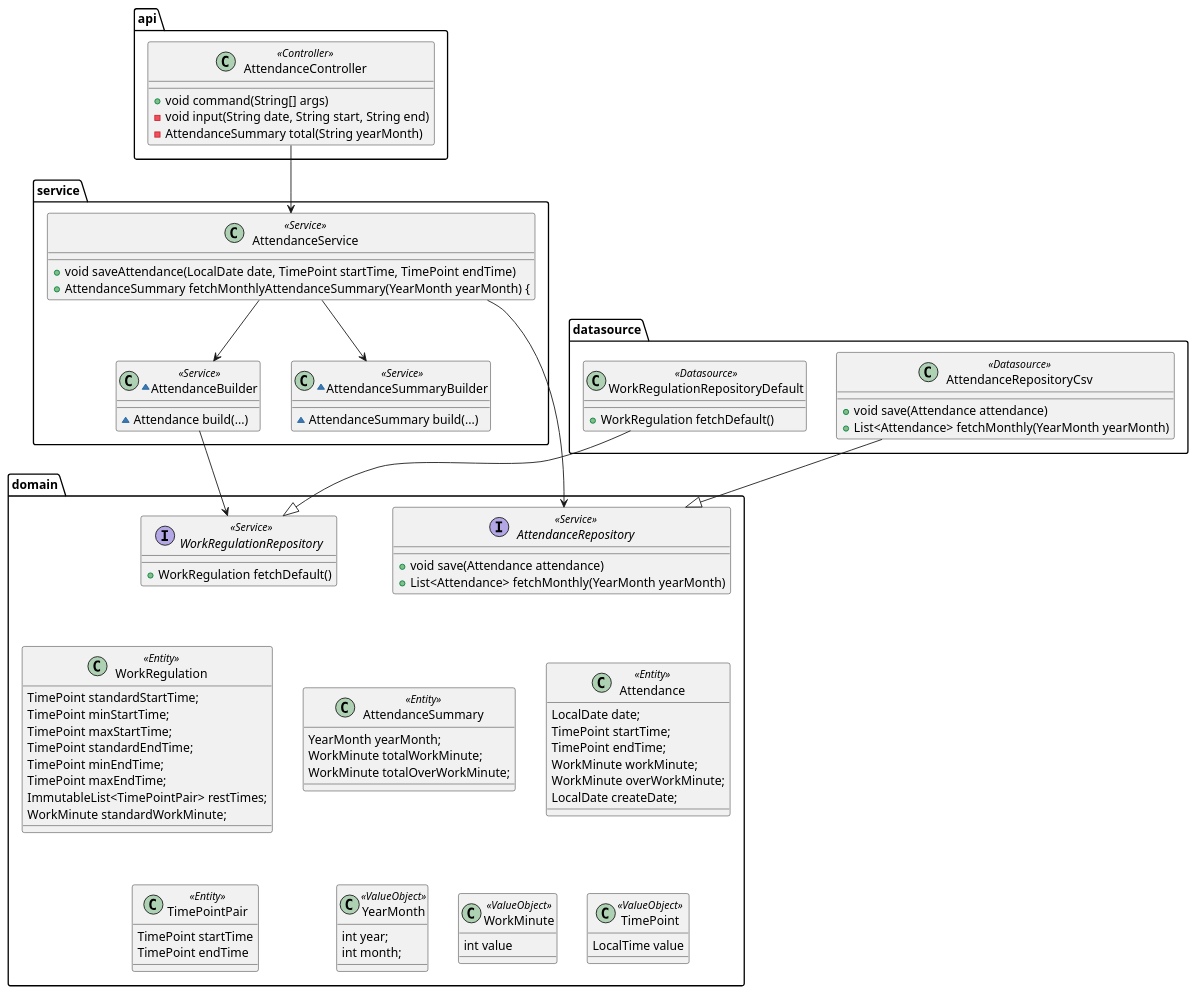
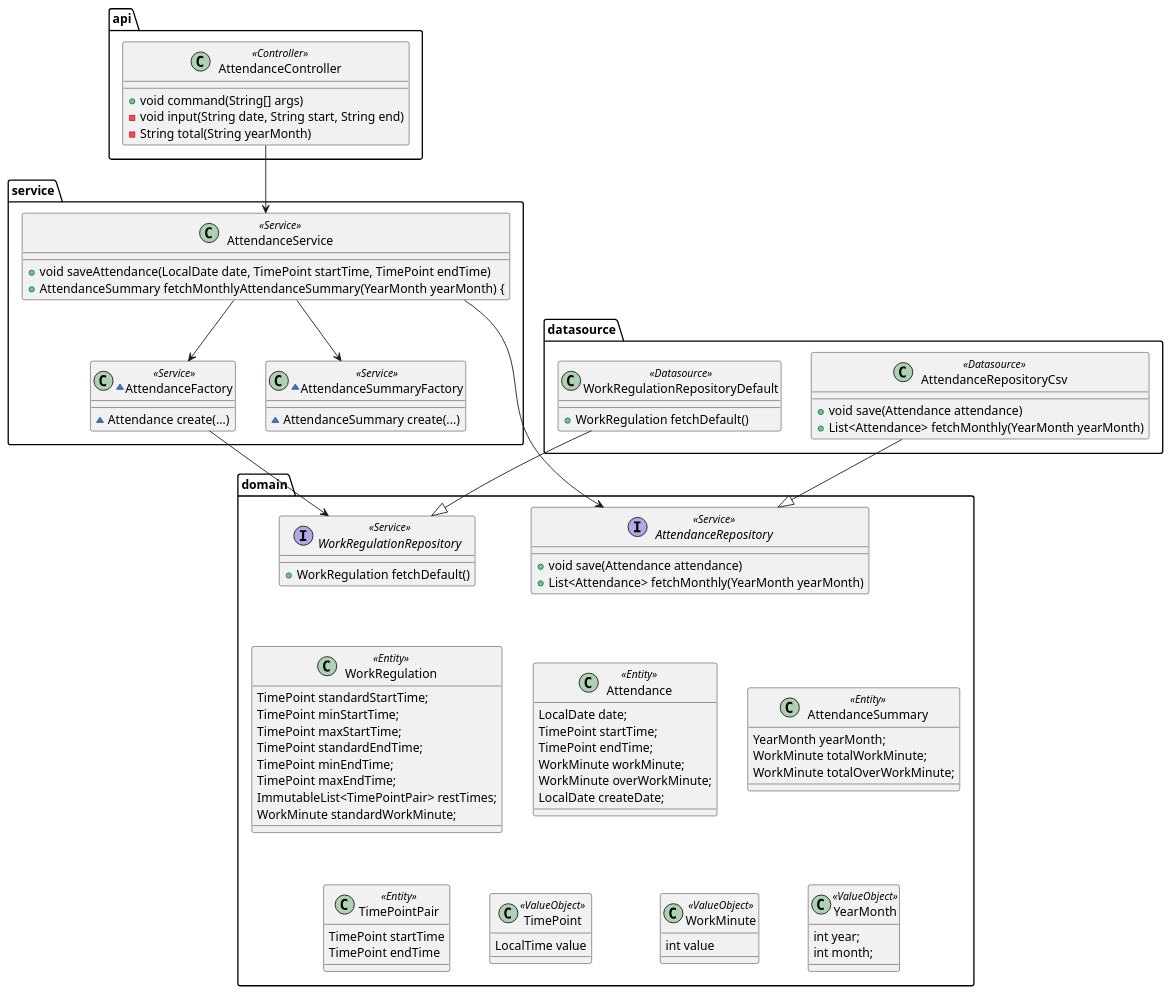
One commit to biglobe-isp/kintai changed the diagram in etc/document/design/src/model.puml. Above: the diagram before and after it, drawn with PlantUML. The commit also changed 5 other files, not shown here.

```diff
--- a/etc/document/design/src/model.puml
+++ b/etc/document/design/src/model.puml
@@ -1,127 +1,127 @@
 @startuml
 
 package api {
 
     class  AttendanceController <<Controller>> {
         + void command(String[] args)
         - void input(String date, String start, String end)
-        - AttendanceSummary total(String yearMonth)
+        - String total(String yearMonth)
     }
 }
 
 package service {
 
     class  AttendanceService <<Service>> {
         + void saveAttendance(LocalDate date, TimePoint startTime, TimePoint endTime)
         + AttendanceSummary fetchMonthlyAttendanceSummary(YearMonth yearMonth) {
     }
 
-    ~class AttendanceBuilder <<Service>> {
-        '~ Attendance build(LocalDate date, TimePoint startTime, TimePoint endTime, LocalDate createDate)
-        ~ Attendance build(...)
+    ~class AttendanceFactory <<Service>> {
+        '~ Attendance create(LocalDate date, TimePoint startTime, TimePoint endTime, LocalDate createDate)
+        ~ Attendance create(...)
     }
 
-    ~class AttendanceSummaryBuilder <<Service>> {
-        '~ AttendanceSummary build(YearMonth yearMonth, List<Attendance> attendances)
-        ~ AttendanceSummary build(...)
+    ~class AttendanceSummaryFactory <<Service>> {
+        '~ AttendanceSummary create(YearMonth yearMonth, List<Attendance> attendances)
+        ~ AttendanceSummary create(...)
     }
 }
 
 package datasource {
 
     class  AttendanceRepositoryCsv <<Datasource>> {
         + void save(Attendance attendance)
         + List<Attendance> fetchMonthly(YearMonth yearMonth)
     }
 
     class WorkRegulationRepositoryDefault <<Datasource>> {
         + WorkRegulation fetchDefault()
     }
 }
 
 package domain {
 
     class Attendance <<Entity>> {
         LocalDate date;
         TimePoint startTime;
         TimePoint endTime;
         WorkMinute workMinute;
         WorkMinute overWorkMinute;
         LocalDate createDate;
     }
 
     interface AttendanceRepository <<Service>> {
         + void save(Attendance attendance)
         + List<Attendance> fetchMonthly(YearMonth yearMonth)
     }
 
     class AttendanceSummary <<Entity>> {
         YearMonth yearMonth;
         WorkMinute totalWorkMinute;
         WorkMinute totalOverWorkMinute;
     }
 
     class TimePoint <<ValueObject>> {
         LocalTime value
     }
 
     class TimePointPair <<Entity>> {
         TimePoint startTime
         TimePoint endTime
     }
 
     class WorkMinute <<ValueObject>> {
         int value
     }
 
     class WorkRegulation <<Entity>> {
         TimePoint standardStartTime;
         TimePoint minStartTime;
         TimePoint maxStartTime;
         TimePoint standardEndTime;
         TimePoint minEndTime;
         TimePoint maxEndTime;
         ImmutableList<TimePointPair> restTimes;
         WorkMinute standardWorkMinute;
     }
 
     interface WorkRegulationRepository <<Service>> {
         + WorkRegulation fetchDefault()
     }
 
     class YearMonth <<ValueObject>> {
         int year;
         int month;
     }
 }
 
 
 ''' api
 AttendanceController --> AttendanceService
 
 
 ''' service
-AttendanceService --> AttendanceBuilder
-AttendanceService --> AttendanceSummaryBuilder
+AttendanceService --> AttendanceFactory
+AttendanceService --> AttendanceSummaryFactory
 AttendanceService --> AttendanceRepository
-AttendanceBuilder --> WorkRegulationRepository
-' AttendanceBuilder ..> Attendance : <<Create>>
-' AttendanceSummaryBuilder ..> AttendanceSummary : <<Create>>
+AttendanceFactory --> WorkRegulationRepository
+' AttendanceFactory ..> Attendance : <<Create>>
+' AttendanceSummaryFactory ..> AttendanceSummary : <<Create>>
 
 
 ''' datasource
 AttendanceRepositoryCsv --|> AttendanceRepository
 WorkRegulationRepositoryDefault --|> WorkRegulationRepository
 
 
 ''' domain
-AttendanceRepository -[hidden]- Attendance
+WorkRegulationRepository -[hidden]- WorkRegulation
 WorkRegulation -[hidden] Attendance
 Attendance -[hidden]- TimePoint
 Attendance -[hidden]- WorkMinute
 AttendanceSummary -[hidden]- YearMonth
 AttendanceSummary -[hidden]- WorkMinute
 WorkRegulation -[hidden]- TimePointPair
 TimePointPair -[hidden] TimePoint
 
 @enduml
```
